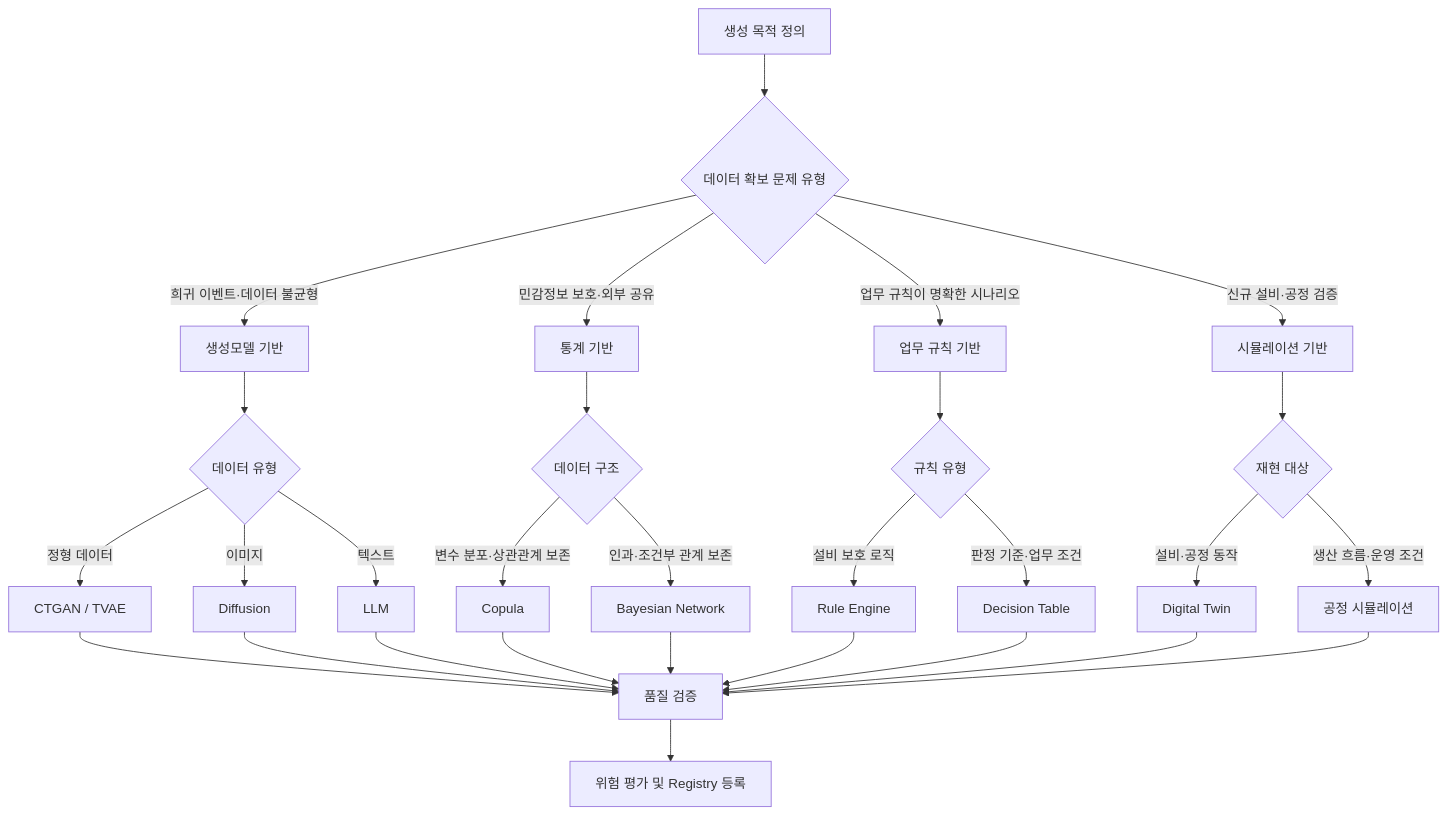
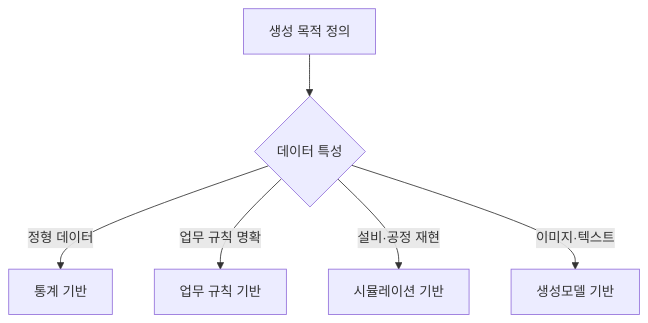
Before and after one commit to jin-kearney/ai-ready-data-manual: the third of 5 diagrams in 가이드 작성/E-2 합성데이터/E-2 합성데이터_0623.md, drawn with Mermaid. The commit also changed other lines of this file, not shown here.

````diff
--- a/가이드 작성/E-2 합성데이터/E-2 합성데이터_0623.md
+++ b/가이드 작성/E-2 합성데이터/E-2 합성데이터_0623.md
@@ -576,40 +365,14 @@
 ```mermaid
 flowchart TD
 
 A[생성 목적 정의]
---> B{데이터 확보 문제 유형}
+--> B{데이터 특성}
 
-B -->|희귀 이벤트·데이터 불균형| C[생성모델 기반]
-B -->|업무 규칙이 명확한 시나리오| D[업무 규칙 기반]
-B -->|신규 설비·공정 검증| E[시뮬레이션 기반]
-B -->|민감정보 보호·외부 공유| F[통계 기반]
+B -->|정형 데이터| C[통계 기반]
 
-C --> C1{데이터 유형}
-C1 -->|정형 데이터| C2[CTGAN / TVAE]
-C1 -->|이미지| C3[Diffusion]
-C1 -->|텍스트| C4[LLM]
+B -->|업무 규칙 명확| D[업무 규칙 기반]
 
-F --> F1{데이터 구조}
-F1 -->|변수 분포·상관관계 보존| F2[Copula]
-F1 -->|인과·조건부 관계 보존| F3[Bayesian Network]
+B -->|설비·공정 재현| E[시뮬레이션 기반]
 
-D --> D1{규칙 유형}
-D1 -->|설비 보호 로직| D2[Rule Engine]
-D1 -->|판정 기준·업무 조건| D3[Decision Table]
-
-E --> E1{재현 대상}
-E1 -->|설비·공정 동작| E2[Digital Twin]
-E1 -->|생산 흐름·운영 조건| E3[공정 시뮬레이션]
-
-C2 --> G[품질 검증]
-C3 --> G
-C4 --> G
-F2 --> G
-F3 --> G
-D2 --> G
-D3 --> G
-E2 --> G
-E3 --> G
-
-G --> H[위험 평가 및 Registry 등록]
+B -->|이미지·텍스트| F[생성모델 기반]
 ```
````
